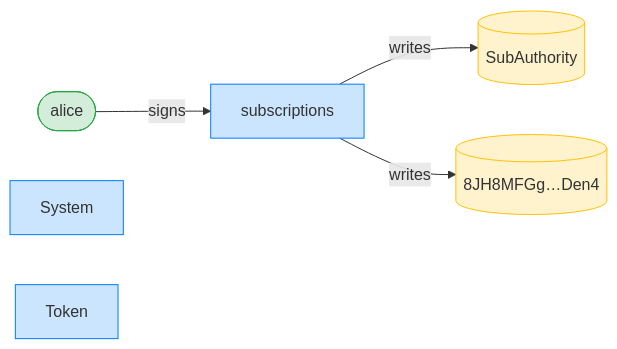
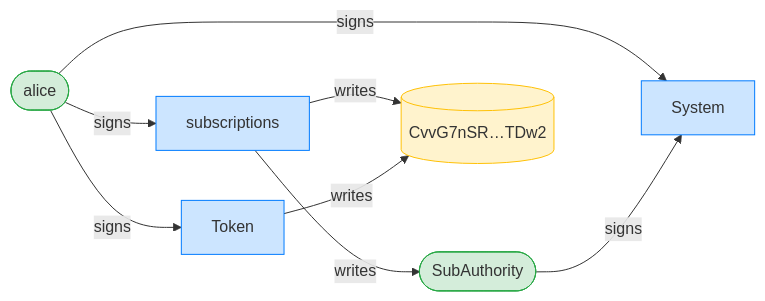
One commit to cds-rs/subscriptions changed the third of 4 diagrams in dsl_tests/create-fixed-delegation--writable-accounts-must-be-writable.md. Above: the diagram before and after it, drawn with Mermaid. The commit also changed other lines of this file and 224 other files, not shown here.

````diff
--- a/dsl_tests/create-fixed-delegation--writable-accounts-must-be-writable.md
+++ b/dsl_tests/create-fixed-delegation--writable-accounts-must-be-writable.md
@@ -53,15 +54,19 @@
 ```mermaid
 flowchart LR
     classDef signer fill:#d4edda,stroke:#28a745;
     classDef program fill:#cce5ff,stroke:#007bff;
     classDef writable fill:#fff3cd,stroke:#ffc107;
     subscriptions[subscriptions]:::program
     alice([alice]):::signer
-    SubAuthority[(SubAuthority)]:::writable
-    8JH8MFGg_Den4[("8JH8MFGg…Den4")]:::writable
+    SubAuthority([SubAuthority]):::signer
+    CvvG7nSR_TDw2[("CvvG7nSR…TDw2")]:::writable
     System[System]:::program
     Token[Token]:::program
     alice -->|signs| subscriptions
+    alice -->|signs| System
+    SubAuthority -->|signs| System
+    alice -->|signs| Token
     subscriptions -->|writes| SubAuthority
-    subscriptions -->|writes| 8JH8MFGg_Den4
+    subscriptions -->|writes| CvvG7nSR_TDw2
+    Token -->|writes| CvvG7nSR_TDw2
 ```
````
